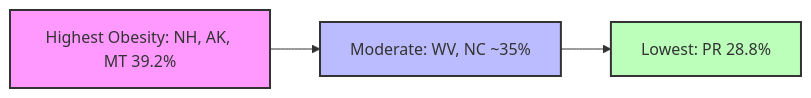
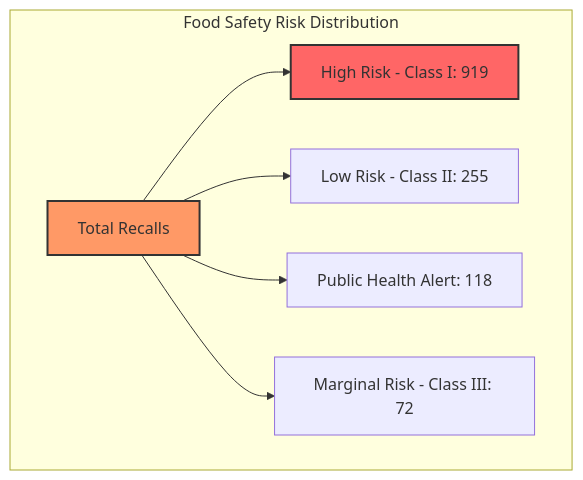
Before and after one commit to gsinghjay/data-dashboard: the third of 22 diagrams in README.md, drawn with Mermaid. The commit also changed other lines of this file, not shown here.

````diff
--- a/README.md
+++ b/README.md
@@ -171,9 +47,12 @@
 ```mermaid
-graph LR
-    A[Highest Obesity: NH, AK, MT 39.2%] --> B[Moderate: WV, NC ~35%]
-    B --> C[Lowest: PR 28.8%]
+graph TD
+    subgraph "Food Safety Risk Distribution"
+        A[Total Recalls] --> B[High Risk - Class I: 919]
+        A --> C[Low Risk - Class II: 255]
+        A --> D[Public Health Alert: 118]
+        A --> E[Marginal Risk - Class III: 72]
+    end
     
-    style A fill:#f9f,stroke:#333,stroke-width:2px
-    style B fill:#bbf,stroke:#333,stroke-width:2px
-    style C fill:#bfb,stroke:#333,stroke-width:2px
+    style A fill:#f96,stroke:#333,stroke-width:2px
+    style B fill:#f66,stroke:#333,stroke-width:2px
 ```
````
